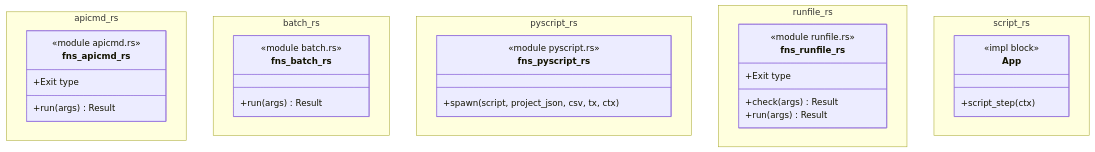
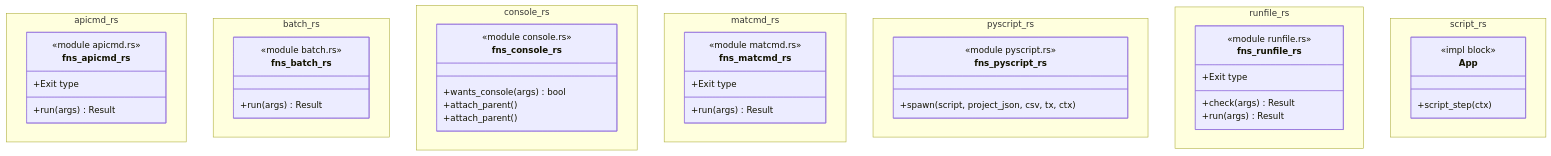
One commit to p-j-r/nyx changed the diagram in docs/architecture/c4/4-code/app/headless.md. Above: the diagram before and after it, drawn with Mermaid. The commit also changed other lines of this file and 150 other files, not shown here.

````diff
--- a/docs/architecture/c4/4-code/app/headless.md
+++ b/docs/architecture/c4/4-code/app/headless.md
@@ -40,36 +42,51 @@
 ```mermaid
 classDiagram
   namespace apicmd_rs {
     class fns_apicmd_rs {
         <<module apicmd.rs>>
         +run(args) Result
         +Exit type
     }
   }
   namespace batch_rs {
     class fns_batch_rs {
         <<module batch.rs>>
         +run(args) Result
+    }
+  }
+  namespace console_rs {
+    class fns_console_rs {
+        <<module console.rs>>
+        +wants_console(args) bool
+        +attach_parent()
+        +attach_parent()
+    }
+  }
+  namespace matcmd_rs {
+    class fns_matcmd_rs {
+        <<module matcmd.rs>>
+        +run(args) Result
+        +Exit type
     }
   }
   namespace pyscript_rs {
     class fns_pyscript_rs {
         <<module pyscript.rs>>
         +spawn(script, project_json, csv, tx, ctx)
     }
   }
   namespace runfile_rs {
     class fns_runfile_rs {
         <<module runfile.rs>>
         +check(args) Result
         +run(args) Result
         +Exit type
     }
   }
   namespace script_rs {
     class App {
         <<impl block>>
         +script_step(ctx)
     }
   }
 ```
````
